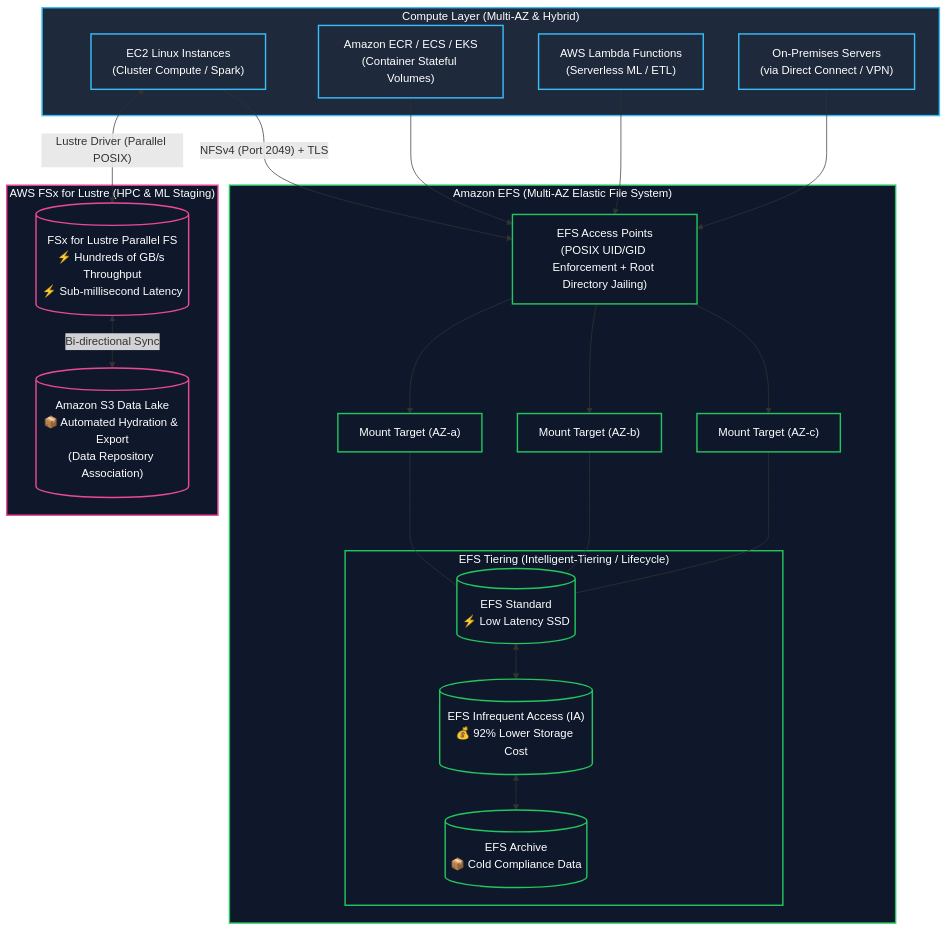
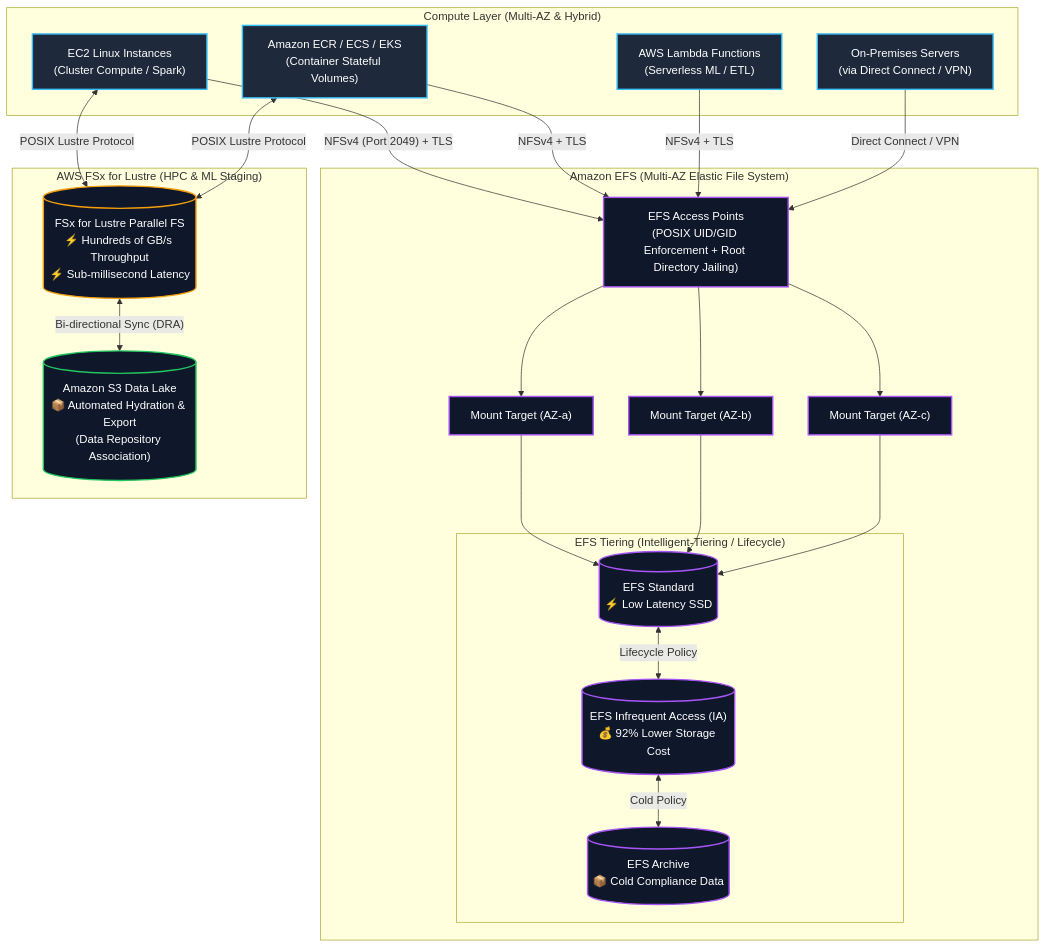
One commit to Wathon/aws-dea-c01-note changed the first of 9 diagrams in content/mm/02-services/storage/efs-and-fsx.md. Above: the diagram before and after it, drawn with Mermaid. The commit also changed other lines of this file and 41 other files, not shown here.

````diff
--- a/content/mm/02-services/storage/efs-and-fsx.md
+++ b/content/mm/02-services/storage/efs-and-fsx.md
@@ -30,53 +35,54 @@
 ```mermaid
 graph TB
     subgraph ComputeLayer["Compute Layer (Multi-AZ & Hybrid)"]
         EC2Node["EC2 Linux Instances<br/>(Cluster Compute / Spark)"]
         EKSContainers["Amazon ECR / ECS / EKS<br/>(Container Stateful Volumes)"]
         Serverless["AWS Lambda Functions<br/>(Serverless ML / ETL)"]
         OnPrem["On-Premises Servers<br/>(via Direct Connect / VPN)"]
     end
 
     subgraph EFSArch["Amazon EFS (Multi-AZ Elastic File System)"]
         AP["EFS Access Points<br/>(POSIX UID/GID Enforcement + Root Directory Jailing)"]
         MT1["Mount Target (AZ-a)"]
         MT2["Mount Target (AZ-b)"]
         MT3["Mount Target (AZ-c)"]
         
         subgraph EFSTiers["EFS Tiering (Intelligent-Tiering / Lifecycle)"]
             StandardTier[("EFS Standard<br/>⚡ Low Latency SSD")]
             IATier[("EFS Infrequent Access (IA)<br/>💰 92% Lower Storage Cost")]
             ArchiveTier[("EFS Archive<br/>📦 Cold Compliance Data")]
         end
     end
 
     subgraph FSxArch["AWS FSx for Lustre (HPC & ML Staging)"]
         LustreCluster[("FSx for Lustre Parallel FS<br/>⚡ Hundreds of GB/s Throughput<br/>⚡ Sub-millisecond Latency")]
         S3Bucket[("Amazon S3 Data Lake<br/>📦 Automated Hydration & Export<br/>(Data Repository Association)")]
     end
 
     EC2Node -->|"NFSv4 (Port 2049) + TLS"| AP
-    EKSContainers --> AP
-    Serverless --> AP
-    OnPrem --> AP
-
+    EKSContainers -->|"NFSv4 + TLS"| AP
+    Serverless -->|"NFSv4 + TLS"| AP
+    OnPrem -->|"Direct Connect / VPN"| AP
     AP --> MT1
     AP --> MT2
     AP --> MT3
+    MT1 --> StandardTier
+    MT2 --> StandardTier
+    MT3 --> StandardTier
+    StandardTier <-->|"Lifecycle Policy"| IATier
+    IATier <-->|"Cold Policy"| ArchiveTier
 
-    MT1 --- StandardTier
-    MT2 --- StandardTier
-    MT3 --- StandardTier
-    StandardTier <--> IATier
-    IATier <--> ArchiveTier
+    EC2Node <-->|"POSIX Lustre Protocol"| LustreCluster
+    EKSContainers <-->|"POSIX Lustre Protocol"| LustreCluster
+    LustreCluster <-->|"Bi-directional Sync (DRA)"| S3Bucket
 
-    EC2Node <-->|"Lustre Driver (Parallel POSIX)"| LustreCluster
-    LustreCluster <-->|"Bi-directional Sync"| S3Bucket
+    classDef compute fill:#1e293b,stroke:#38bdf8,stroke-width:2px,color:#fff;
+    classDef efs fill:#0f172a,stroke:#a855f7,stroke-width:2px,color:#fff;
+    classDef fsx fill:#0f172a,stroke:#f59e0b,stroke-width:2px,color:#fff;
+    classDef s3 fill:#0f172a,stroke:#22c55e,stroke-width:2px,color:#fff;
 
-    classDef comp fill:#1e293b,stroke:#38bdf8,stroke-width:2px,color:#fff;
-    classDef efs fill:#0f172a,stroke:#22c55e,stroke-width:2px,color:#fff;
-    classDef fsx fill:#0f172a,stroke:#ec4899,stroke-width:2px,color:#fff;
-
-    class ComputeLayer,EC2Node,EKSContainers,Serverless,OnPrem comp;
-    class EFSArch,AP,MT1,MT2,MT3,EFSTiers,StandardTier,IATier,ArchiveTier efs;
-    class FSxArch,LustreCluster,S3Bucket fsx;
+    class EC2Node,EKSContainers,Serverless,OnPrem compute;
+    class AP,MT1,MT2,MT3,StandardTier,IATier,ArchiveTier efs;
+    class LustreCluster fsx;
+    class S3Bucket s3;
 ```
````
